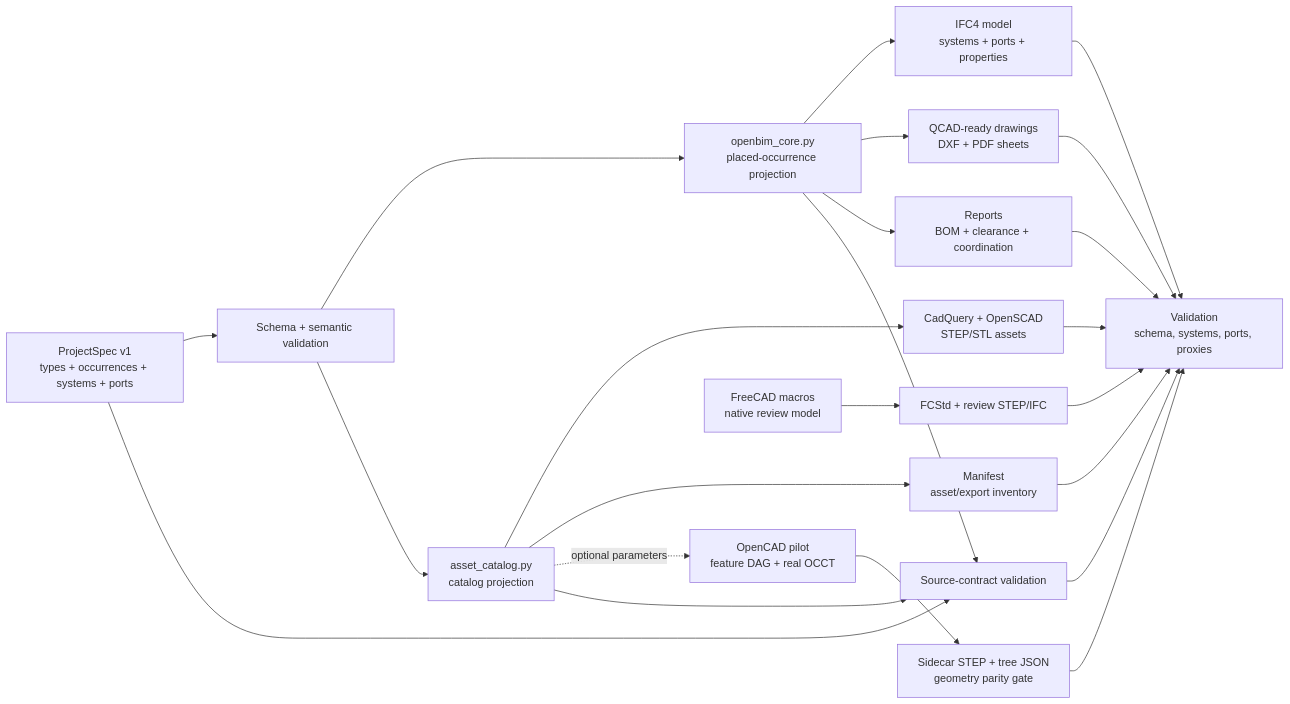
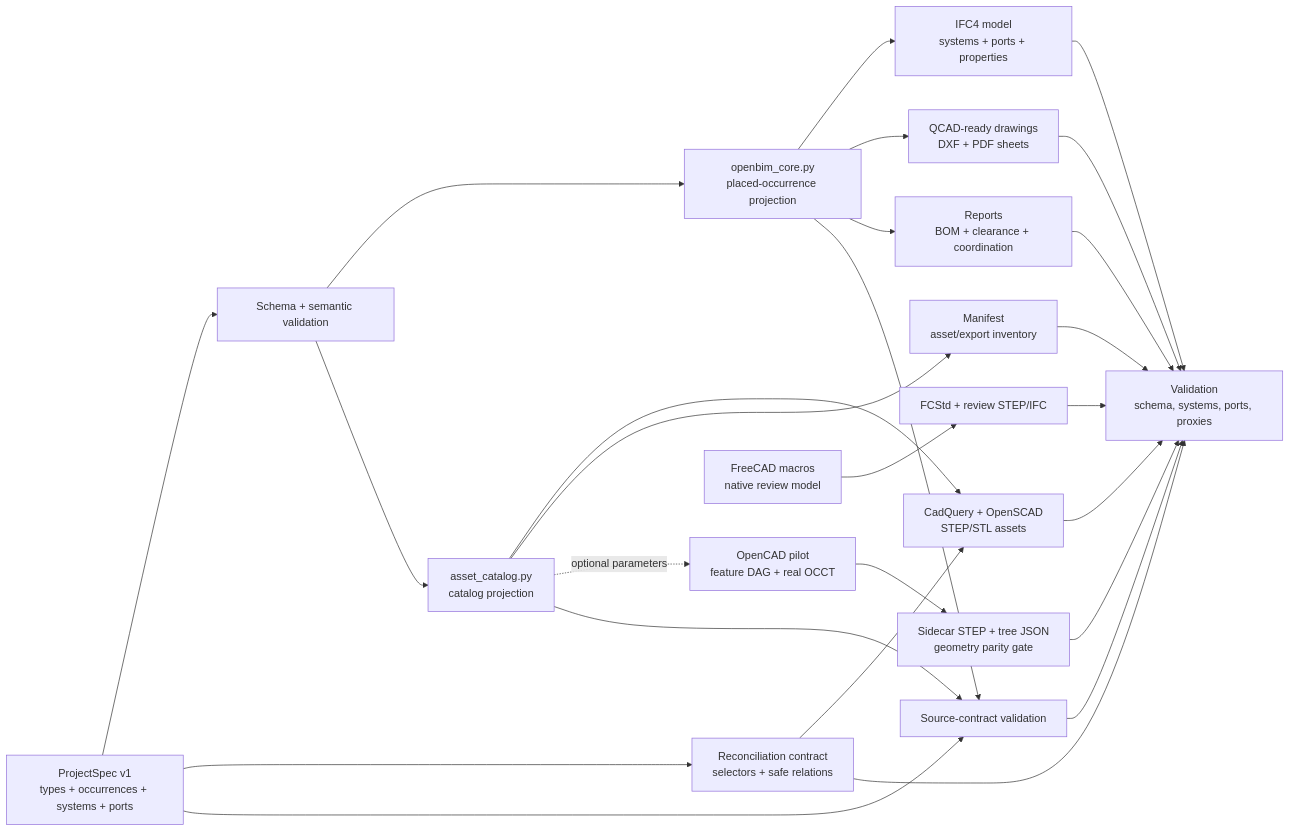
One commit to Taz33m/coordproof-openbim-mep changed the diagram in README.md. Above: the diagram before and after it, drawn with Mermaid. The commit also changed other lines of this file and 95 other files, not shown here.

````diff
--- a/README.md
+++ b/README.md
@@ -77,25 +94,28 @@
 ```mermaid
 flowchart LR
     P["ProjectSpec v1<br/>types + occurrences + systems + ports"] --> L["Schema + semantic validation"]
+    P --> R["Reconciliation contract<br/>selectors + safe relations"]
     L --> A["openbim_core.py<br/>placed-occurrence projection"]
     L --> T["asset_catalog.py<br/>catalog projection"]
     A --> B["IFC4 model<br/>systems + ports + properties"]
     A --> D["QCAD-ready drawings<br/>DXF + PDF sheets"]
     A --> F["Reports<br/>BOM + clearance + coordination"]
     T --> E["CadQuery + OpenSCAD<br/>STEP/STL assets"]
+    R --> E
     T --> G["Manifest<br/>asset/export inventory"]
     T -. "optional parameters" .-> I["OpenCAD pilot<br/>feature DAG + real OCCT"]
     C["FreeCAD macros<br/>native review model"] --> K["FCStd + review STEP/IFC"]
     P --> V["Source-contract validation"]
     A --> V
     T --> V
     I --> J["Sidecar STEP + tree JSON<br/>geometry parity gate"]
     B --> H["Validation<br/>schema, systems, ports, proxies"]
     D --> H
     E --> H
     F --> H
     G --> H
     K --> H
     V --> H
+    R --> H
     J --> H
 ```
````
